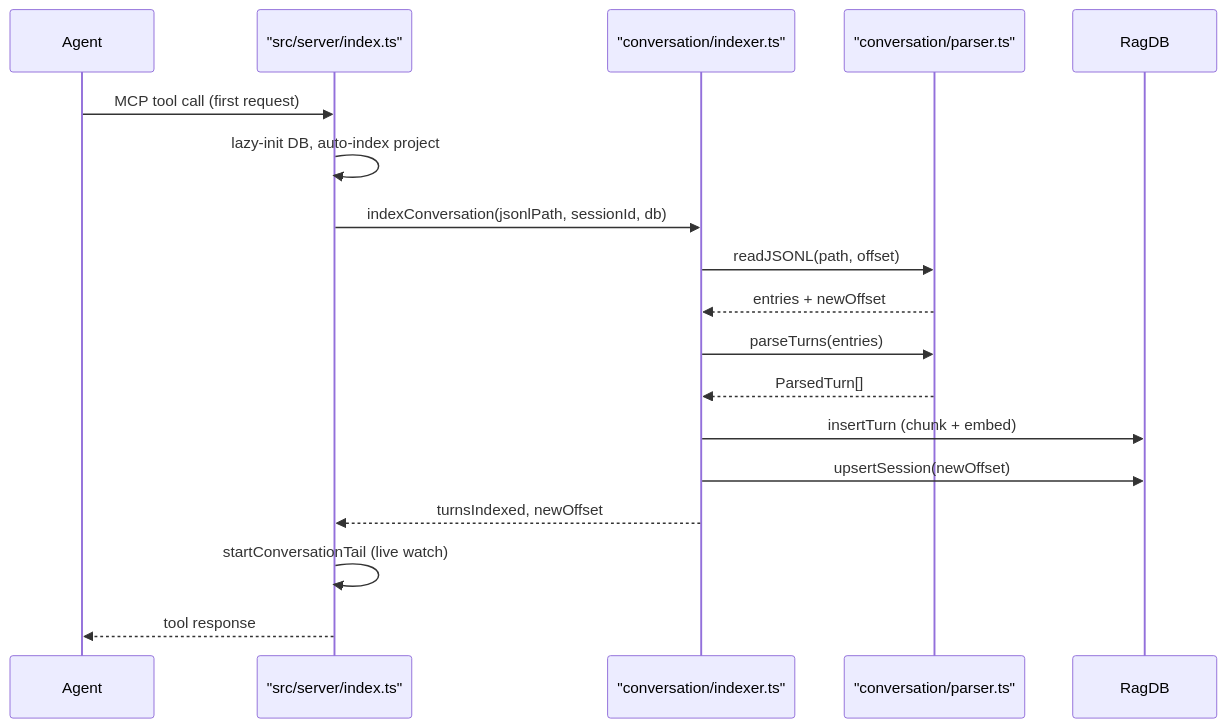
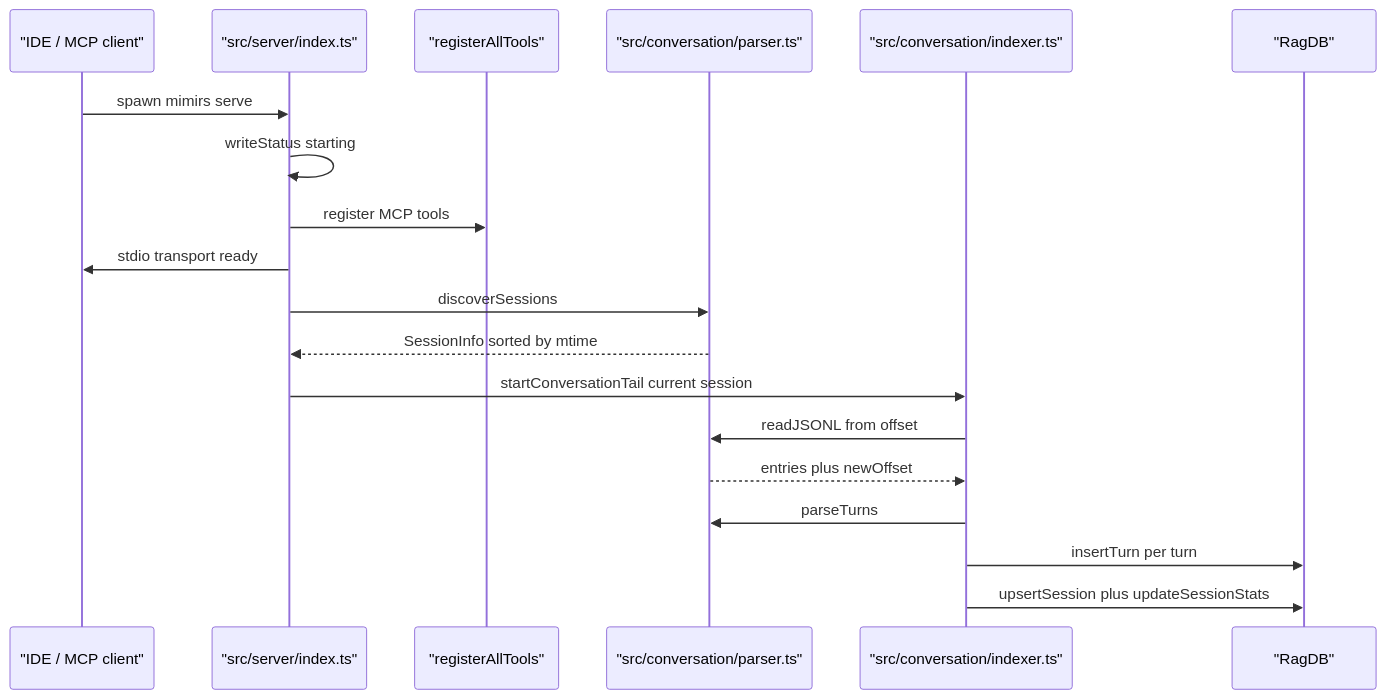
Before and after one commit to TheWinci/mimirs: the first of 2 diagrams in wiki/communities/conversation-server.md, drawn with Mermaid. The commit also changed other lines of this file and 36 other files, not shown here.

````diff
--- a/wiki/communities/conversation-server.md
+++ b/wiki/communities/conversation-server.md
@@ -41,21 +25,21 @@
 ```mermaid
 sequenceDiagram
-    participant Agent
-    participant Server as "src/server/index.ts"
-    participant Conv as "conversation/indexer.ts"
-    participant Parser as "conversation/parser.ts"
-    participant DB as RagDB
-
-    Agent->>Server: MCP tool call (first request)
-    Server->>Server: lazy-init DB, auto-index project
-    Server->>Conv: indexConversation(jsonlPath, sessionId, db)
-    Conv->>Parser: readJSONL(path, offset)
-    Parser-->>Conv: entries + newOffset
-    Conv->>Parser: parseTurns(entries)
-    Parser-->>Conv: ParsedTurn[]
-    Conv->>DB: insertTurn (chunk + embed)
-    Conv->>DB: upsertSession(newOffset)
-    Conv-->>Server: turnsIndexed, newOffset
-    Server->>Server: startConversationTail (live watch)
-    Server-->>Agent: tool response
+    participant ide as "IDE / MCP client"
+    participant server as "src/server/index.ts"
+    participant tools as "registerAllTools"
+    participant parser as "src/conversation/parser.ts"
+    participant convIdx as "src/conversation/indexer.ts"
+    participant db as "RagDB"
+    ide->>server: spawn mimirs serve
+    server->>server: writeStatus starting
+    server->>tools: register MCP tools
+    server->>ide: stdio transport ready
+    server->>parser: discoverSessions
+    parser-->>server: SessionInfo sorted by mtime
+    server->>convIdx: startConversationTail current session
+    convIdx->>parser: readJSONL from offset
+    parser-->>convIdx: entries plus newOffset
+    convIdx->>parser: parseTurns
+    convIdx->>db: insertTurn per turn
+    convIdx->>db: upsertSession plus updateSessionStats
 ```
````
